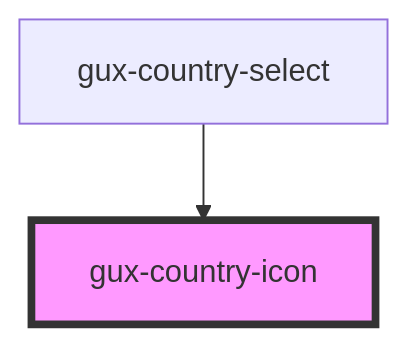
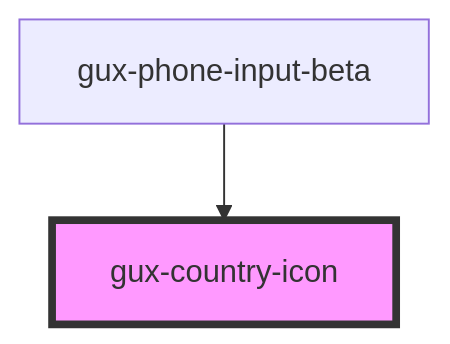
Before and after one commit to MyPureCloud/genesys-spark: the diagram in src/components/beta/gux-phone-input/components/gux-country-icon/readme.md, drawn with Mermaid. The commit also changed other lines of this file and 46 other files, not shown here.

Commit message:
chore(phone-input): refactoring to use form-field paradigm like time-picker

````diff
--- a/src/components/beta/gux-phone-input/components/gux-country-icon/readme.md
+++ b/src/components/beta/gux-phone-input/components/gux-country-icon/readme.md
@@ -23,5 +23,5 @@
 ```mermaid
 graph TD;
-  gux-country-select --> gux-country-icon
+  gux-phone-input-beta --> gux-country-icon
   style gux-country-icon fill:#f9f,stroke:#333,stroke-width:4px
 ```
````
